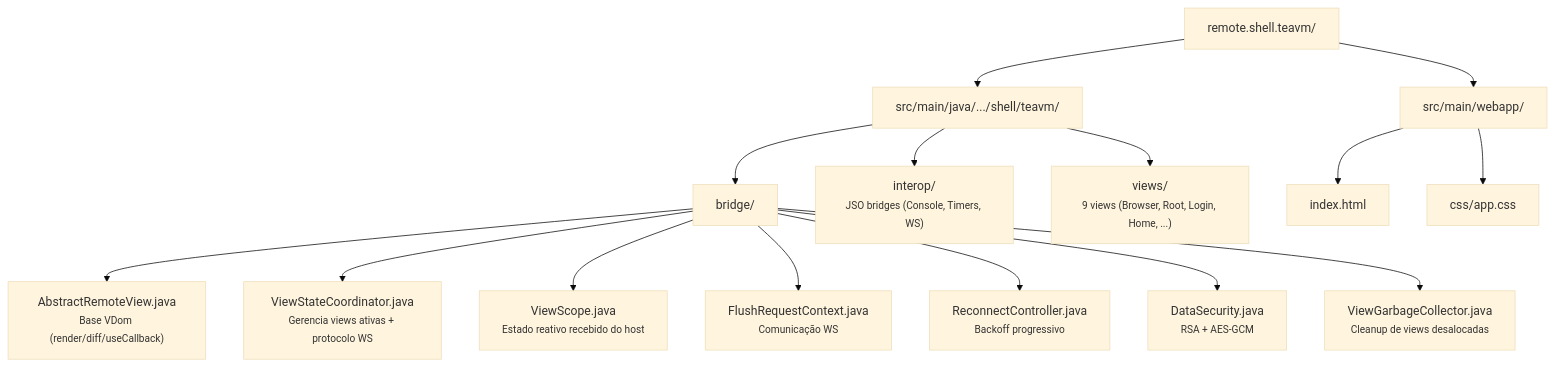
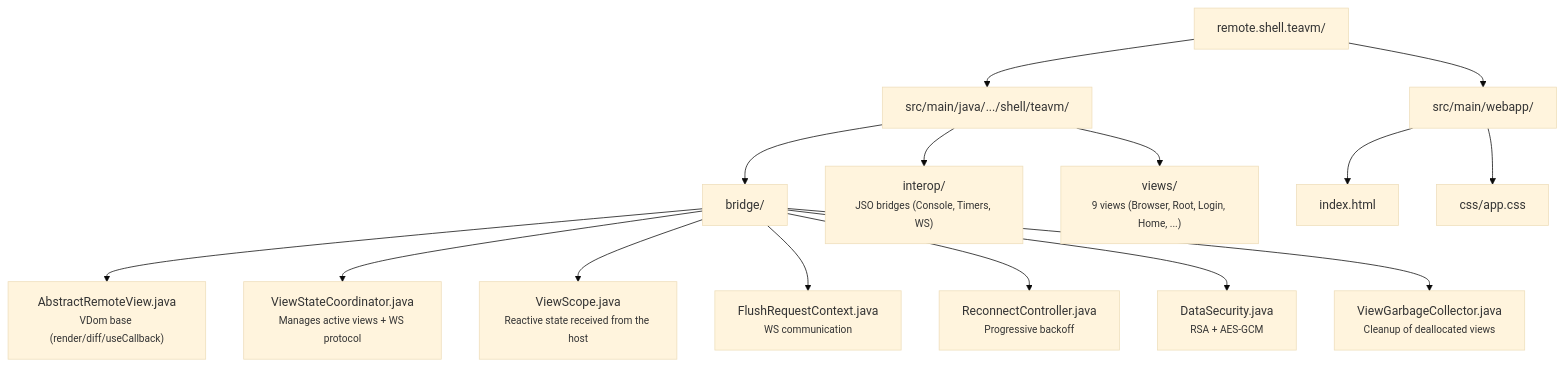
One commit to mrcdom/wdc-cube-java-v2 changed the third of 3 diagrams in fontes/br.com.wdc.shopping/br.com.wdc.shopping.view.remote/README.md. Above: the diagram before and after it, drawn with Mermaid (base theme). The commit also changed other lines of this file and 69 other files, not shown here.

````diff
--- a/fontes/br.com.wdc.shopping/br.com.wdc.shopping.view.remote/README.md
+++ b/fontes/br.com.wdc.shopping/br.com.wdc.shopping.view.remote/README.md
@@ -128,33 +128,33 @@
 ```mermaid
 graph TD
     root["remote.shell.teavm/"]
     srcJava["src/main/java/.../shell/teavm/"]
     bridge["bridge/"]
-    arv["AbstractRemoteView.java<br/><small>Base VDom (render/diff/useCallback)</small>"]
-    vsc["ViewStateCoordinator.java<br/><small>Gerencia views ativas + protocolo WS</small>"]
-    vs["ViewScope.java<br/><small>Estado reativo recebido do host</small>"]
-    frc["FlushRequestContext.java<br/><small>Comunicação WS</small>"]
-    rc["ReconnectController.java<br/><small>Backoff progressivo</small>"]
+    arv["AbstractRemoteView.java<br/><small>VDom base (render/diff/useCallback)</small>"]
+    vsc["ViewStateCoordinator.java<br/><small>Manages active views + WS protocol</small>"]
+    vs["ViewScope.java<br/><small>Reactive state received from the host</small>"]
+    frc["FlushRequestContext.java<br/><small>WS communication</small>"]
+    rc["ReconnectController.java<br/><small>Progressive backoff</small>"]
     ds["DataSecurity.java<br/><small>RSA + AES-GCM</small>"]
-    vgc["ViewGarbageCollector.java<br/><small>Cleanup de views desalocadas</small>"]
+    vgc["ViewGarbageCollector.java<br/><small>Cleanup of deallocated views</small>"]
     interop["interop/<br/><small>JSO bridges (Console, Timers, WS)</small>"]
     views["views/<br/><small>9 views (Browser, Root, Login, Home, ...)</small>"]
     webapp["src/main/webapp/"]
     index["index.html"]
     css["css/app.css"]
 
     root --> srcJava
     root --> webapp
     srcJava --> bridge
     srcJava --> interop
     srcJava --> views
     bridge --> arv
     bridge --> vsc
     bridge --> vs
     bridge --> frc
     bridge --> rc
     bridge --> ds
     bridge --> vgc
     webapp --> index
     webapp --> css
 ```
````
